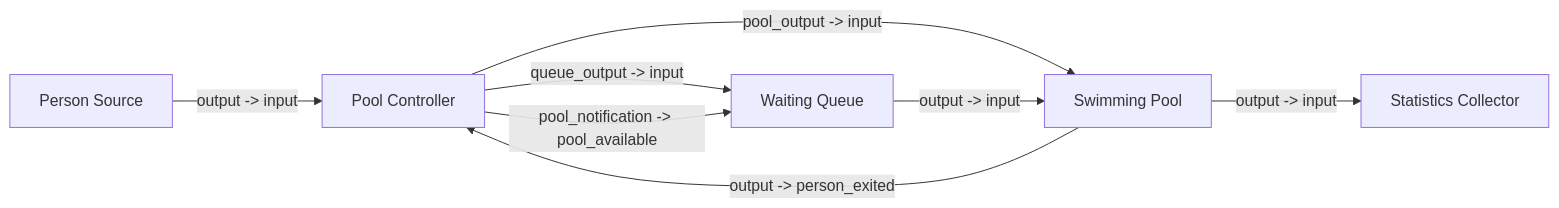
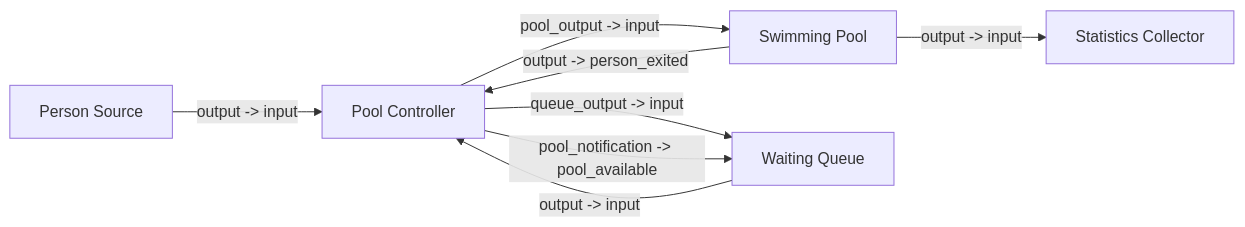
The diagram in model_structure.mermaid (a-schulz/ds-final-simulation), drawn with Mermaid before and after one commit. The commit also changed 1 other file, not shown here.

Commit message:
fixed model structure -> queue should output to controller instead of pool directly (count is kept in controller)

```diff
--- a/model_structure.mermaid
+++ b/model_structure.mermaid
@@ -1,17 +1,17 @@
 flowchart LR
     PS[Person Source]
     PC[Pool Controller]
     SP[Swimming Pool]
     WQ[Waiting Queue]
     SC[Statistics Collector]
 
     PS -->|output -> input| PC
 
     PC -->|pool_output -> input| SP
     PC -->|queue_output -> input| WQ
     PC -->|pool_notification -> pool_available| WQ
 
     SP -->|output -> input| SC
     SP -->|output -> person_exited| PC
 
-    WQ -->|output -> input| SP
+    WQ -->|output -> input| PC
```
